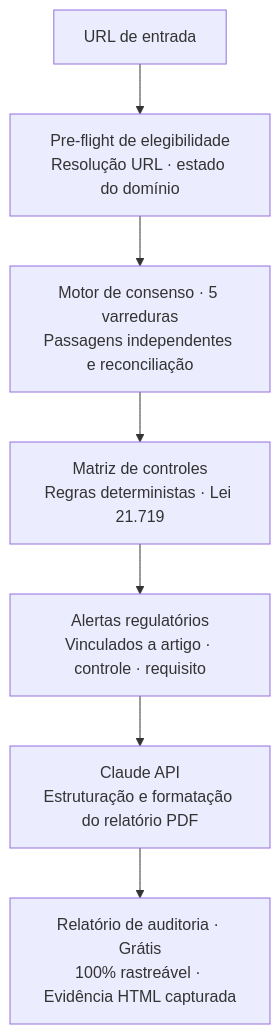
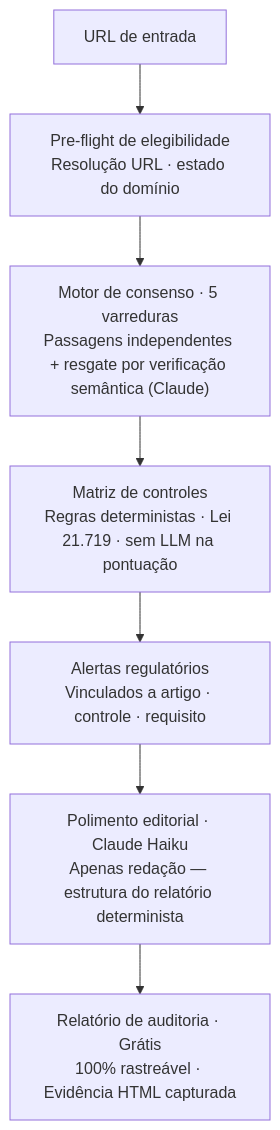
Before and after one commit to ibaifernandez/aglaya.biz: the third of 3 diagrams in src/content/proof/legal-reg-tech.md, drawn with Mermaid. The commit also changed other lines of this file, not shown here.

````diff
--- a/src/content/proof/legal-reg-tech.md
+++ b/src/content/proof/legal-reg-tech.md
@@ -177,9 +177,9 @@
   ```mermaid
   flowchart TD
     A["URL de entrada"] --> B["Pre-flight de elegibilidade\nResolução URL · estado do domínio"]
-    B --> C["Motor de consenso · 5 varreduras\nPassagens independentes e reconciliação"]
-    C --> D["Matriz de controles\nRegras deterministas · Lei 21.719"]
+    B --> C["Motor de consenso · 5 varreduras\nPassagens independentes + resgate por verificação semântica (Claude)"]
+    C --> D["Matriz de controles\nRegras deterministas · Lei 21.719 · sem LLM na pontuação"]
     D --> E["Alertas regulatórios\nVinculados a artigo · controle · requisito"]
-    E --> F["Claude API\nEstruturação e formatação do relatório PDF"]
+    E --> F["Polimento editorial · Claude Haiku\nApenas redação — estrutura do relatório determinista"]
     F --> G["Relatório de auditoria · Grátis\n100% rastreável · Evidência HTML capturada"]
   ```
````
